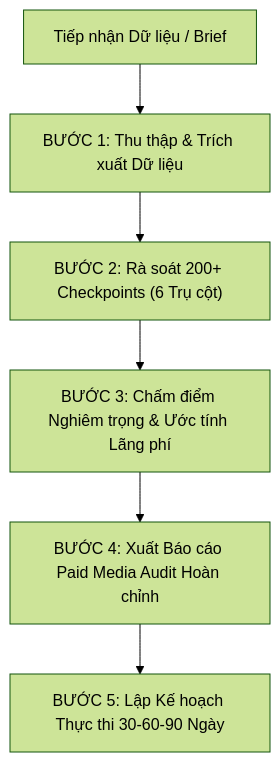
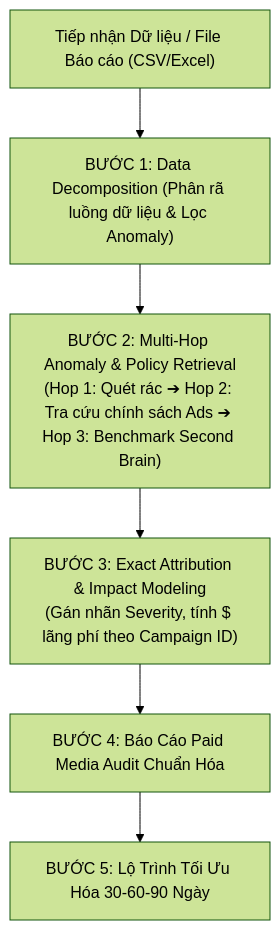
The diagram in plugins/marketing/skills/paid-media-auditor/SKILL.md (sumita-dev/Antigravity-Harness-HuB), drawn with Mermaid (forest theme) before and after one commit. The commit also changed other lines of this file and 10 other files, not shown here.

Commit message:
feat(skills): integrate Google Agentic RAG architecture across all harness skill domains

````diff
--- a/plugins/marketing/skills/paid-media-auditor/SKILL.md
+++ b/plugins/marketing/skills/paid-media-auditor/SKILL.md
@@ -65,8 +65,8 @@
 ```mermaid
 flowchart TD
-    A["Tiếp nhận Dữ liệu / Brief"] --> B["BƯỚC 1: Thu thập & Trích xuất Dữ liệu"]
-    B --> C["BƯỚC 2: Rà soát 200+ Checkpoints (6 Trụ cột)"]
-    C --> D["BƯỚC 3: Chấm điểm Nghiêm trọng & Ước tính Lãng phí"]
-    D --> E["BƯỚC 4: Xuất Báo cáo Paid Media Audit Hoàn chỉnh"]
-    E --> F["BƯỚC 5: Lập Kế hoạch Thực thi 30-60-90 Ngày"]
+    A["Tiếp nhận Dữ liệu / File Báo cáo (CSV/Excel)"] --> B["BƯỚC 1: Data Decomposition (Phân rã luồng dữ liệu & Lọc Anomaly)"]
+    B --> C["BƯỚC 2: Multi-Hop Anomaly & Policy Retrieval<br/>(Hop 1: Quét rác ➔ Hop 2: Tra cứu chính sách Ads ➔ Hop 3: Benchmark Second Brain)"]
+    C --> D["BƯỚC 3: Exact Attribution & Impact Modeling<br/>(Gán nhãn Severity, tính $ lãng phí theo Campaign ID)"]
+    D --> E["BƯỚC 4: Báo Cáo Paid Media Audit Chuẩn Hóa"]
+    E --> F["BƯỚC 5: Lộ Trình Tối Ưu Hóa 30-60-90 Ngày"]
 ```
````
